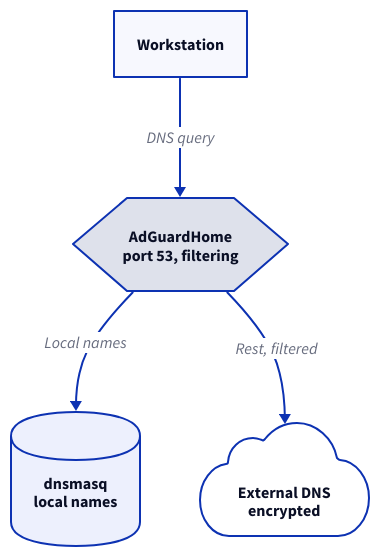
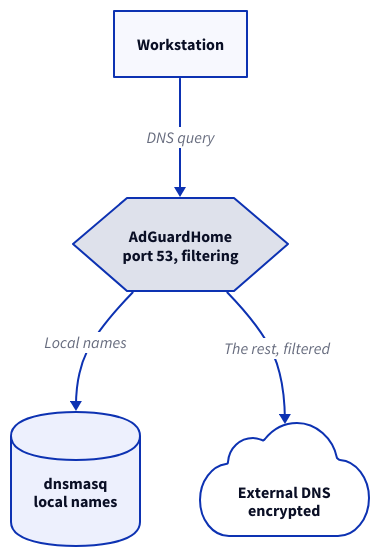
One commit to darkone-linux/dnf-doc changed the second of 5 diagrams in src/content/docs/en/doc/admin-guide/understand/network.mdx. Above: the diagram before and after it, drawn with D2. The commit also changed other lines of this file and 9 other files, not shown here.

````diff
--- a/src/content/docs/en/doc/admin-guide/understand/network.mdx
+++ b/src/content/docs/en/doc/admin-guide/understand/network.mdx
@@ -57,15 +57,15 @@
 ```d2
 style.fill: transparent
 direction: down
 
 pc: Workstation
 
 agh: AdGuardHome\nport 53, filtering { shape: hexagon }
 
 dns: dnsmasq\nlocal names { shape: cylinder }
 up: External DNS\nencrypted { shape: cloud }
 
 pc -> agh: DNS query
 agh -> dns: Local names
-agh -> up: Rest, filtered
+agh -> up: The rest, filtered
 ```
````
